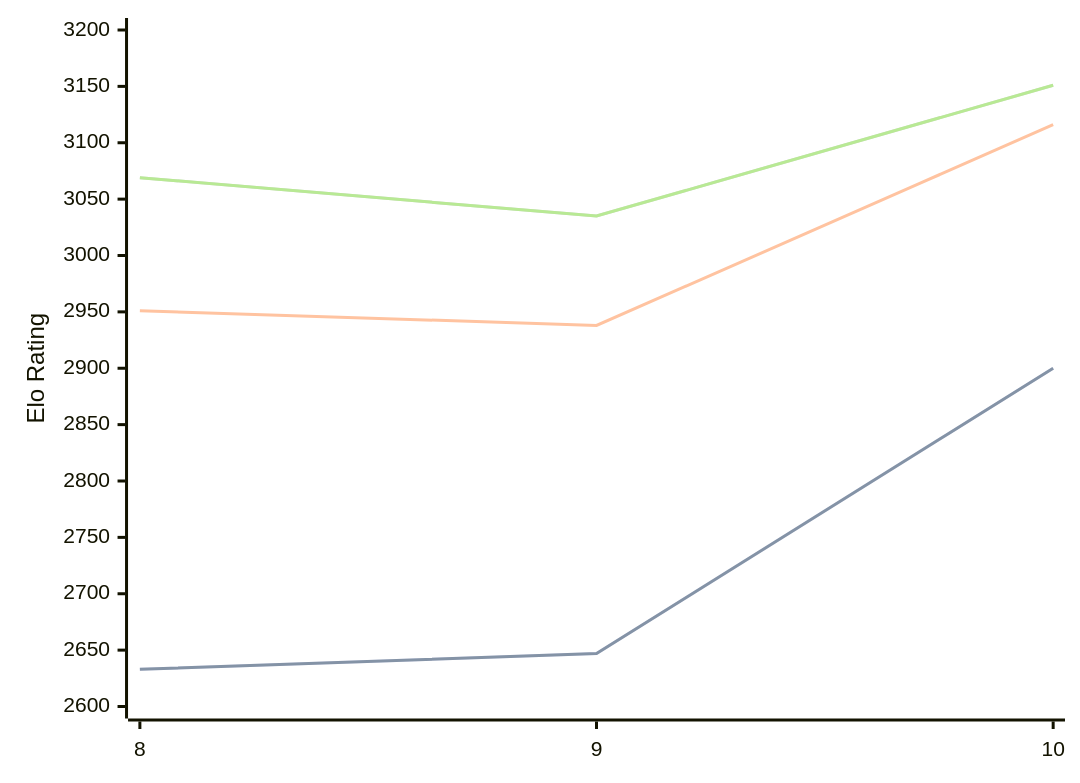
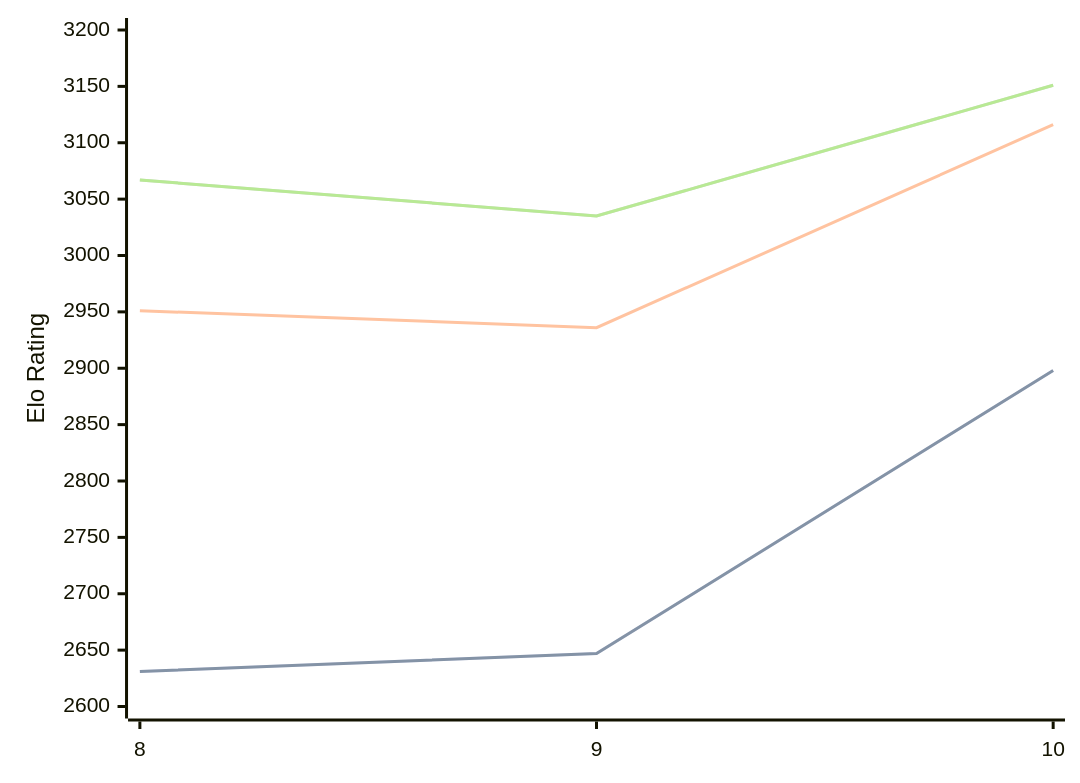
The diagram in engines/Lozza.md (computer-chess-index/cci), drawn with Mermaid before and after one commit. The commit also changed other lines of this file, not shown here.

Commit message:
Update CCI Ratings (ELO VLTC) - 2026-04-17

````diff
--- a/engines/Lozza.md
+++ b/engines/Lozza.md
@@ -41,11 +41,11 @@
 ```mermaid
 %%{init: {"theme":"base","themeVariables":{"seriesColors:['#a3a3a3','#222221','#faa371']}}}%%
 xychart-beta
   x-axis ["8", "9", "10"]
   y-axis "Elo Rating" 2600 --> 3200
-  line "STC (8.0+0.08s)" [2633, 2647, 2900]
-  line "STC (8.0+0.08s)" [2633, 2647, 2900]
-  line "LTC (60.0+0.60s)" [2951, 2938, 3116]
-  line "VLTC (2m24s+1.12s)" [3069, 3035, 3151]
-  line "VLTC (2m24s+1.12s)" [3069, 3035, 3151]
+  line "STC (8.0+0.08s)" [2631, 2647, 2898]
+  line "STC (8.0+0.08s)" [2631, 2647, 2898]
+  line "LTC (60.0+0.60s)" [2951, 2936, 3116]
+  line "VLTC (2m24s+1.12s)" [3067, 3035, 3151]
+  line "VLTC (2m24s+1.12s)" [3067, 3035, 3151]
 ```
````
